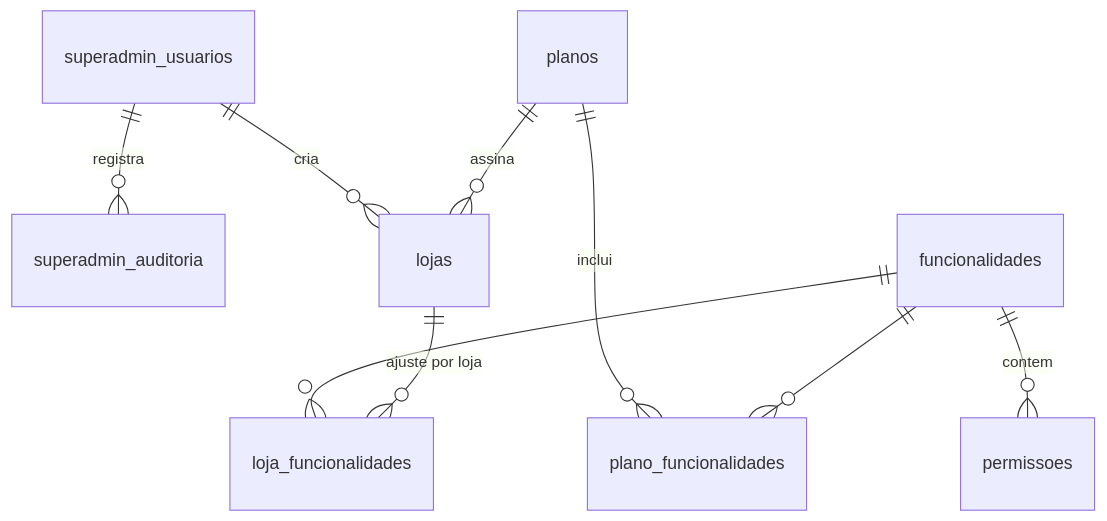
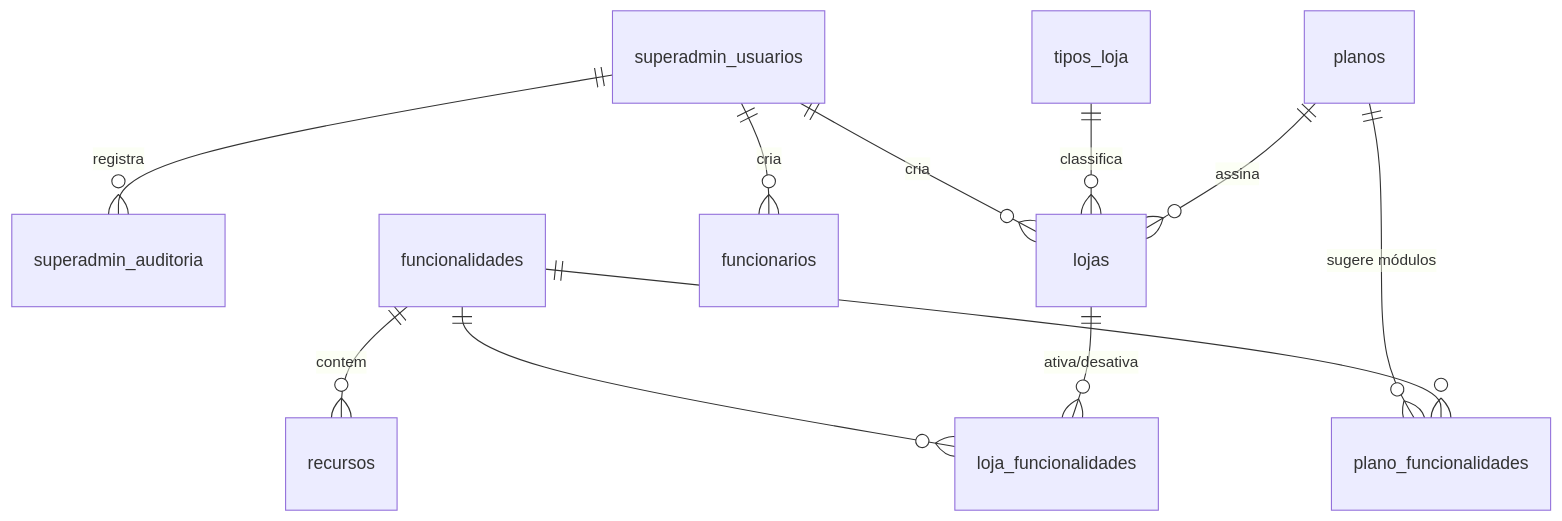
Before and after one commit to BrunoBlanck/agenda: the first of 2 diagrams in estrutura.md, drawn with Mermaid. The commit also changed other lines of this file and 44 other files, not shown here.

First line of the commit message:
Painel da loja, prévia SUPERADMIN e site do consumidor

````diff
--- a/estrutura.md
+++ b/estrutura.md
@@ -46,11 +100,13 @@
 ```mermaid
 erDiagram
     superadmin_usuarios ||--o{ superadmin_auditoria : registra
     superadmin_usuarios ||--o{ lojas : cria
+    superadmin_usuarios ||--o{ funcionarios : cria
+    tipos_loja ||--o{ lojas : classifica
     planos ||--o{ lojas : assina
-    planos ||--o{ plano_funcionalidades : inclui
+    planos ||--o{ plano_funcionalidades : "sugere módulos"
     funcionalidades ||--o{ plano_funcionalidades : ""
     funcionalidades ||--o{ loja_funcionalidades : ""
-    lojas ||--o{ loja_funcionalidades : "ajuste por loja"
-    funcionalidades ||--o{ permissoes : contem
+    lojas ||--o{ loja_funcionalidades : "ativa/desativa"
+    funcionalidades ||--o{ recursos : contem
 ```
````
